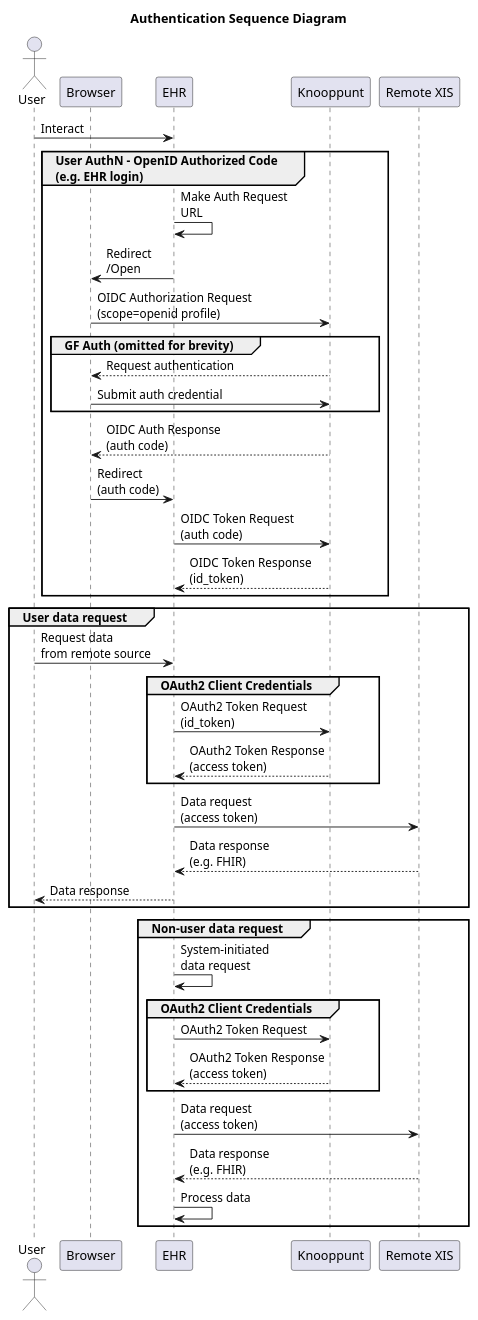
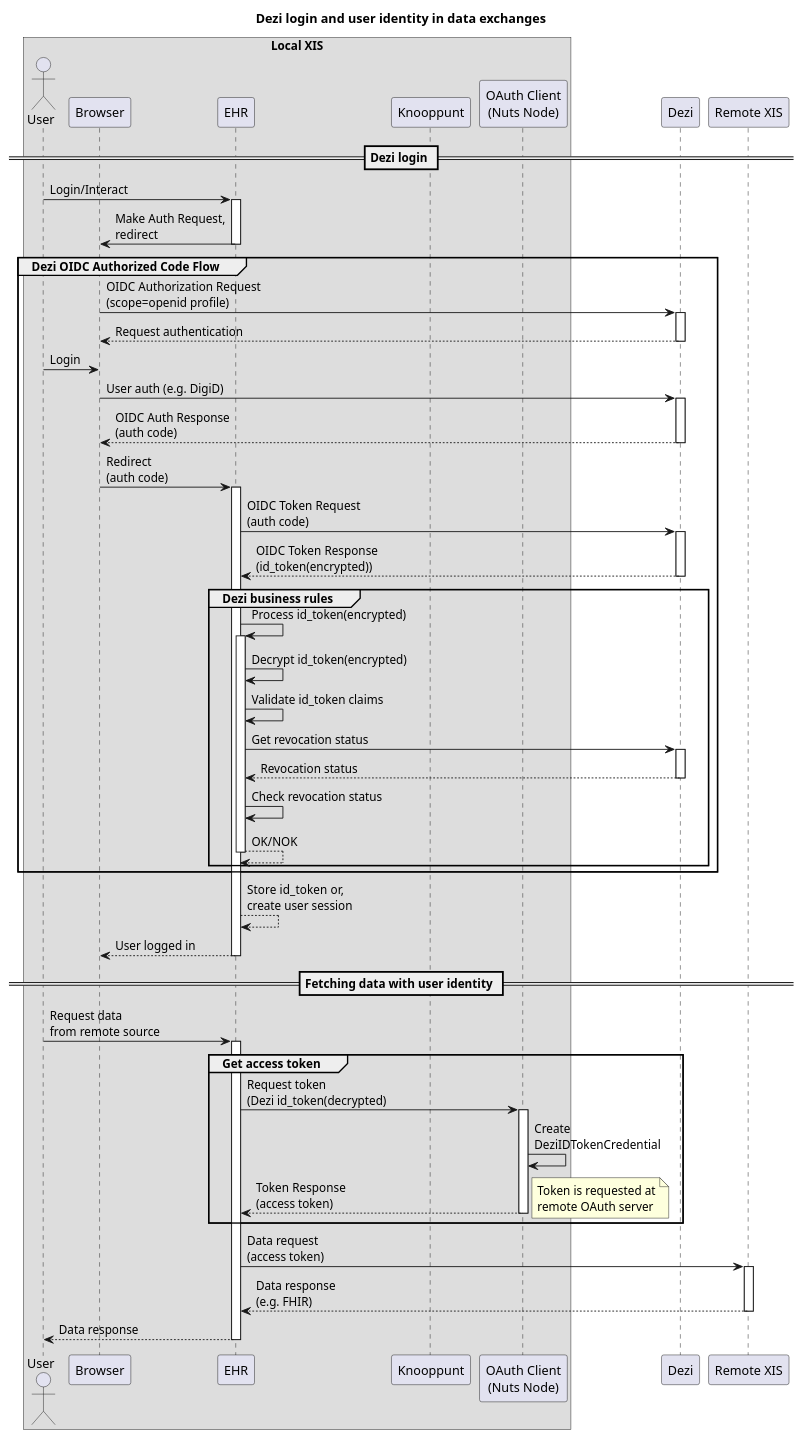
The diagram in docs/authentication-sd.puml (nuts-foundation/nuts-knooppunt), drawn with PlantUML before and after one commit. The commit also changed 1 other file, not shown here.

Commit message:
Dezi credential implementation design (#363)

```diff
--- a/docs/authentication-sd.puml
+++ b/docs/authentication-sd.puml
@@ -1,53 +1,73 @@
 @startuml
 
-title Authentication Sequence Diagram
+title Dezi login and user identity in data exchanges
 
-actor User
-participant Browser
-participant EHR
-participant Knooppunt
-
+box "Local XIS"
+    actor User
+    participant Browser
+    participant EHR
+    participant Knooppunt
+    participant AuthClient as "OAuth Client\n(Nuts Node)"
+end box
+participant Dezi
 participant RemoteXIS as "Remote XIS"
 
-User -> EHR : Interact
-group User AuthN - OpenID Authorized Code\n(e.g. EHR login)
-    EHR -> EHR : Make Auth Request\nURL
-    EHR -> Browser : Redirect\n/Open
-    Browser -> Knooppunt : OIDC Authorization Request\n(scope=openid profile)
+== Dezi login ==
+User -> EHR : Login/Interact
+activate EHR
+EHR -> Browser : Make Auth Request,\nredirect
+deactivate EHR
+group Dezi OIDC Authorized Code Flow
+Browser -> Dezi : OIDC Authorization Request\n(scope=openid profile)
+activate Dezi
+Dezi --> Browser : Request authentication
+deactivate Dezi
 
-    group GF Auth (omitted for brevity)
-        Knooppunt --> Browser : Request authentication
-        Browser -> Knooppunt : Submit auth credential
-    end
+User -> Browser : Login
+Browser -> Dezi : User auth (e.g. DigiD)
+activate Dezi
+Dezi --> Browser : OIDC Auth Response\n(auth code)
+deactivate Dezi
+Browser -> EHR : Redirect\n(auth code)
+activate EHR
+EHR -> Dezi : OIDC Token Request\n(auth code)
+activate Dezi
+    Dezi --> EHR : OIDC Token Response\n(id_token(encrypted))
+deactivate Dezi
+group Dezi business rules
+    EHR -> EHR : Process id_token(encrypted)
+    activate EHR
+    EHR -> EHR : Decrypt id_token(encrypted)
+    EHR -> EHR : Validate id_token claims
+    EHR -> Dezi : Get revocation status
+    activate Dezi
+    Dezi --> EHR : Revocation status
+    deactivate Dezi
+    EHR -> EHR : Check revocation status
+    EHR --> EHR : OK/NOK
+    deactivate EHR
+end group
+end group
+EHR --> EHR : Store id_token or,\ncreate user session
+EHR --> Browser : User logged in
+deactivate EHR
 
-    Knooppunt --> Browser : OIDC Auth Response\n(auth code)
-    Browser -> EHR : Redirect\n(auth code)
-    EHR -> Knooppunt : OIDC Token Request\n(auth code)
-    Knooppunt --> EHR : OIDC Token Response\n(id_token)
+== Fetching data with user identity ==
+User -> EHR : Request data\nfrom remote source
+activate EHR
+group Get access token
+    EHR -> AuthClient : Request token\n(Dezi id_token(decrypted)
+    activate AuthClient
+    AuthClient -> AuthClient : Create\nDeziIDTokenCredential
+    AuthClient --> EHR : Token Response\n(access token)
+    note right : Token is requested at\nremote OAuth server
+    deactivate AuthClient
 end
 
-group User data request
-    User -> EHR : Request data\nfrom remote source
-    group OAuth2 Client Credentials
-        EHR -> Knooppunt : OAuth2 Token Request\n(id_token)
-        Knooppunt --> EHR : OAuth2 Token Response\n(access token)
-    end
-
-    EHR -> RemoteXIS : Data request\n(access token)
-    RemoteXIS --> EHR : Data response\n(e.g. FHIR)
-    EHR --> User : Data response
-end
-
-group Non-user data request
-    EHR -> EHR : System-initiated\ndata request
-    group OAuth2 Client Credentials
-        EHR -> Knooppunt : OAuth2 Token Request
-        Knooppunt --> EHR : OAuth2 Token Response\n(access token)
-    end
-
-    EHR -> RemoteXIS : Data request\n(access token)
-    RemoteXIS --> EHR : Data response\n(e.g. FHIR)
-    EHR -> EHR : Process data
-end
-
+EHR -> RemoteXIS : Data request\n(access token)
+activate RemoteXIS
+RemoteXIS --> EHR : Data response\n(e.g. FHIR)
+deactivate RemoteXIS
+EHR --> User : Data response
+deactivate EHR
 @enduml
```
